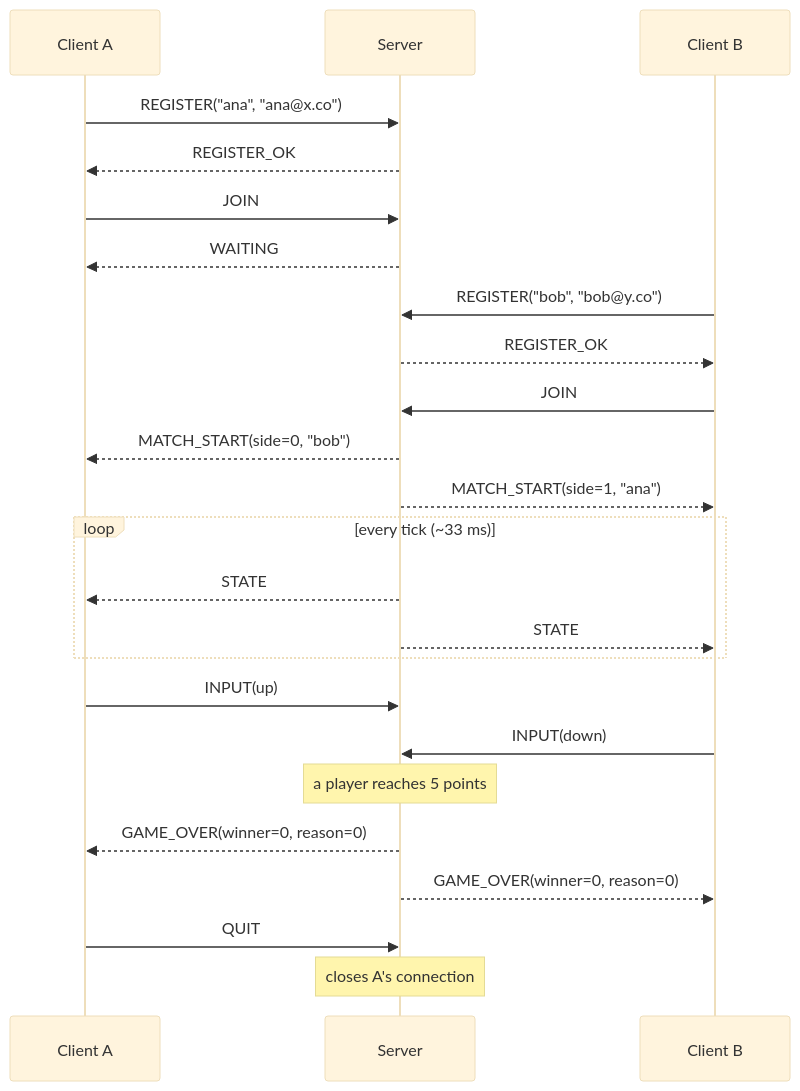
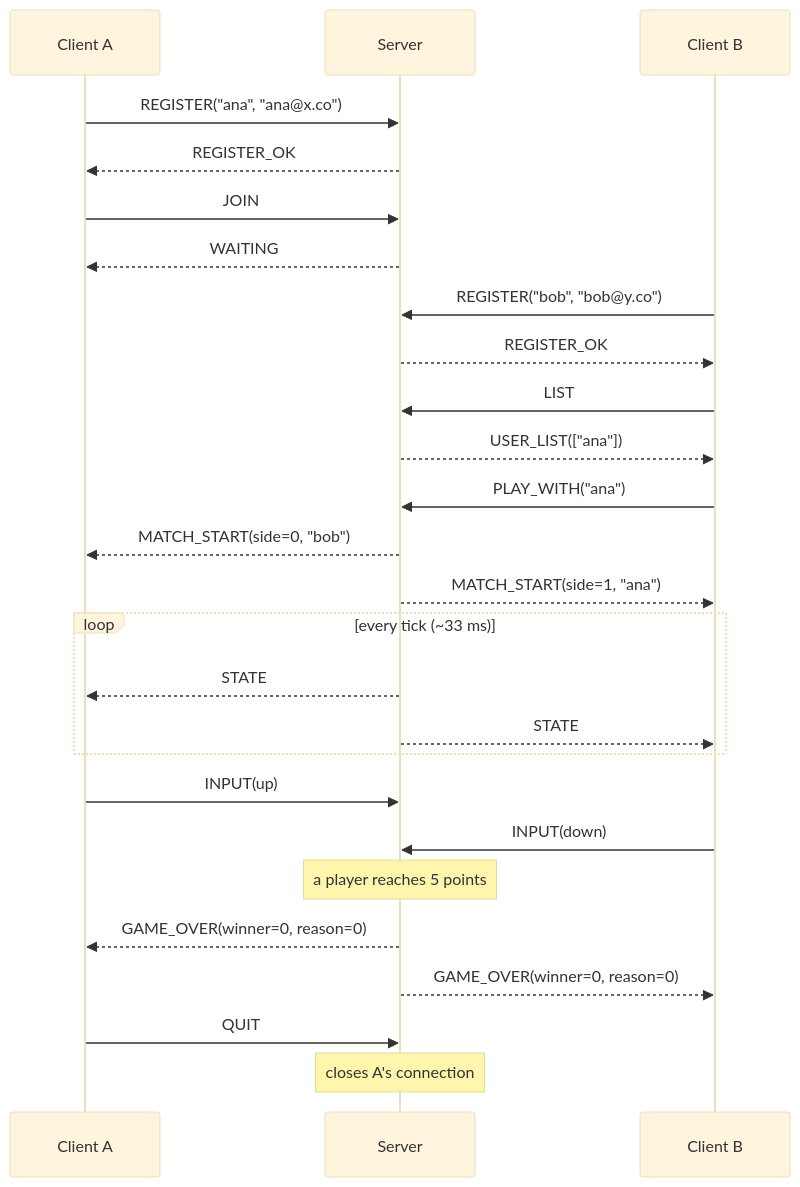
The second of 4 diagrams in README.md (mgarciac10/ProyectoN1-Pong), drawn with Mermaid (base theme) before and after one commit. The commit also changed other lines of this file and 20 other files, not shown here.

````diff
--- a/README.md
+++ b/README.md
@@ -302,26 +332,28 @@
 ```mermaid
 sequenceDiagram
     participant A as Client A
     participant S as Server
     participant B as Client B
     A->>S: REGISTER("ana", "ana@x.co")
     S-->>A: REGISTER_OK
     A->>S: JOIN
     S-->>A: WAITING
     B->>S: REGISTER("bob", "bob@y.co")
     S-->>B: REGISTER_OK
-    B->>S: JOIN
+    B->>S: LIST
+    S-->>B: USER_LIST(["ana"])
+    B->>S: PLAY_WITH("ana")
     S-->>A: MATCH_START(side=0, "bob")
     S-->>B: MATCH_START(side=1, "ana")
     loop every tick (~33 ms)
         S-->>A: STATE
         S-->>B: STATE
     end
     A->>S: INPUT(up)
     B->>S: INPUT(down)
     Note over S: a player reaches 5 points
     S-->>A: GAME_OVER(winner=0, reason=0)
     S-->>B: GAME_OVER(winner=0, reason=0)
     A->>S: QUIT
     Note over S: closes A's connection
 ```
````
